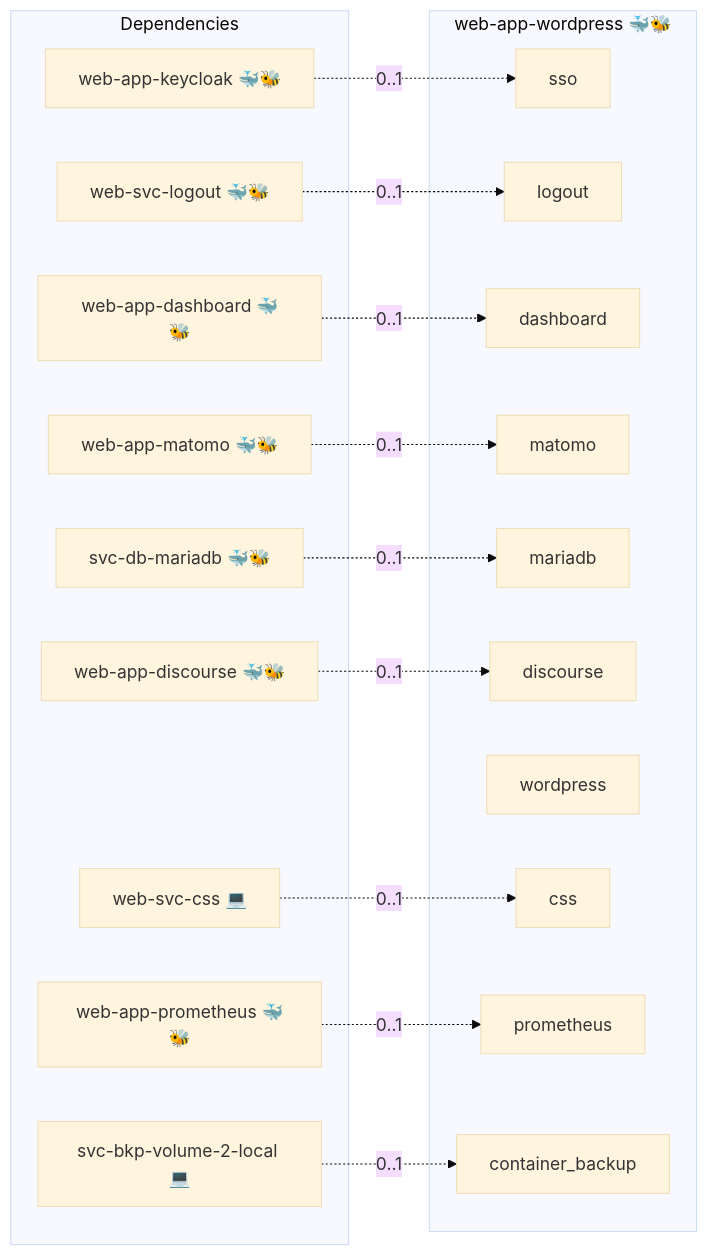
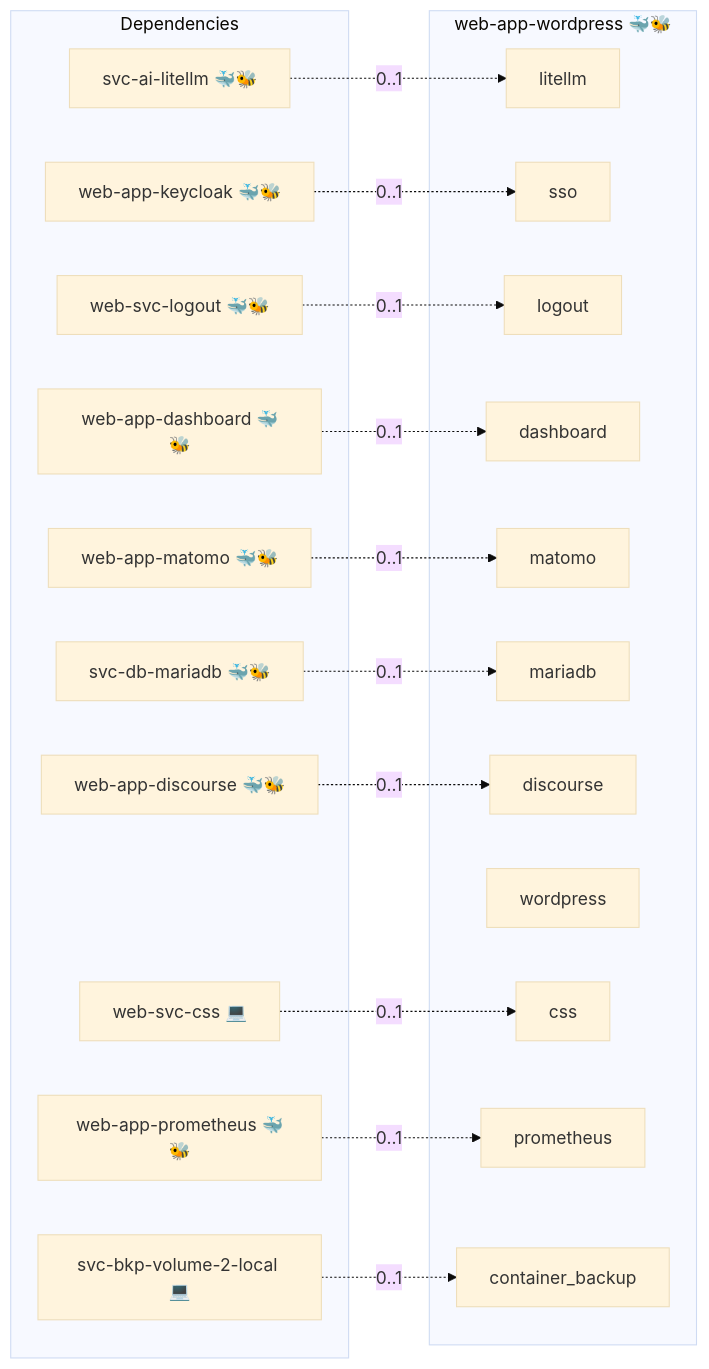
One commit to infinito-nexus/core changed the diagram in roles/web-app-wordpress/README.md. Above: the diagram before and after it, drawn with Mermaid (base theme). The commit also changed 10 other files, not shown here.

````diff
--- a/roles/web-app-wordpress/README.md
+++ b/roles/web-app-wordpress/README.md
@@ -38,35 +38,38 @@
 ```mermaid
 flowchart LR
     subgraph deps [Dependencies]
+        dep_svc_ai_litellm["svc-ai-litellm 🐳🐝"]
         dep_svc_bkp_volume_2_local["svc-bkp-volume-2-local 💻"]
         dep_svc_db_mariadb["svc-db-mariadb 🐳🐝"]
         dep_web_app_dashboard["web-app-dashboard 🐳🐝"]
         dep_web_app_discourse["web-app-discourse 🐳🐝"]
         dep_web_app_keycloak["web-app-keycloak 🐳🐝"]
         dep_web_app_matomo["web-app-matomo 🐳🐝"]
         dep_web_app_prometheus["web-app-prometheus 🐳🐝"]
         dep_web_svc_css["web-svc-css 💻"]
         dep_web_svc_logout["web-svc-logout 🐳🐝"]
     end
     subgraph role [web-app-wordpress 🐳🐝]
+        svc_litellm["litellm"]
         svc_sso["sso"]
         svc_logout["logout"]
         svc_dashboard["dashboard"]
         svc_matomo["matomo"]
         svc_mariadb["mariadb"]
         svc_discourse["discourse"]
         svc_wordpress["wordpress"]
         svc_css["css"]
         svc_prometheus["prometheus"]
         svc_container_backup["container_backup"]
     end
+    dep_svc_ai_litellm -. "0..1" .-> svc_litellm
     dep_svc_bkp_volume_2_local -. "0..1" .-> svc_container_backup
     dep_svc_db_mariadb -. "0..1" .-> svc_mariadb
     dep_web_app_dashboard -. "0..1" .-> svc_dashboard
     dep_web_app_discourse -. "0..1" .-> svc_discourse
     dep_web_app_keycloak -. "0..1" .-> svc_sso
     dep_web_app_matomo -. "0..1" .-> svc_matomo
     dep_web_app_prometheus -. "0..1" .-> svc_prometheus
     dep_web_svc_css -. "0..1" .-> svc_css
     dep_web_svc_logout -. "0..1" .-> svc_logout
 ```
````
